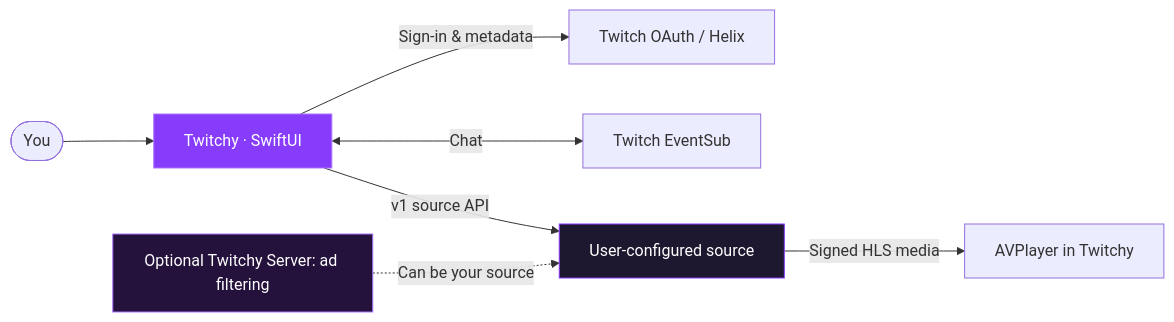
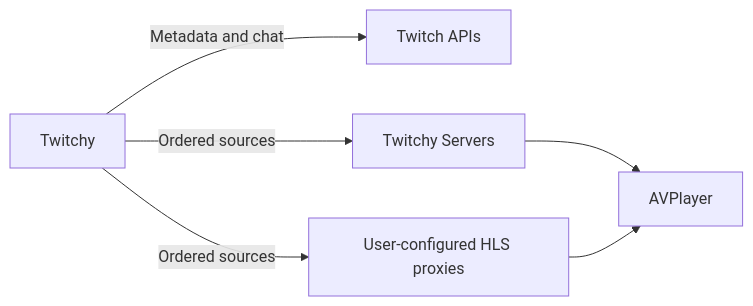
One commit to rafaelreverberi/Twitchy changed the diagram in README.md. Above: the diagram before and after it, drawn with Mermaid. The commit also changed other lines of this file and 53 other files, not shown here.

Commit message:
Update Twitch setup, playback sources, and local Apple signing

````diff
--- a/README.md
+++ b/README.md
@@ -140,12 +134,8 @@
 ```mermaid
 flowchart LR
-    U([You]) --> T[Twitchy · SwiftUI]
-    T -->|Sign-in & metadata| H[Twitch OAuth / Helix]
-    T <-->|Chat| E[Twitch EventSub]
-    T -->|v1 source API| S[User-configured source]
-    S -->|Signed HLS media| P[AVPlayer in Twitchy]
-    X[Optional Twitchy Server: ad filtering] -.->|Can be your source| S
-    style T fill:#873BFB,color:#ffffff,stroke:#A974FF
-    style S fill:#1E1730,color:#ffffff,stroke:#873BFB
-    style X fill:#24113C,color:#ffffff,stroke:#A974FF
+    T[Twitchy] -->|Metadata and chat| H[Twitch APIs]
+    T -->|Ordered sources| S[Twitchy Servers]
+    T -->|Ordered sources| X[User-configured HLS proxies]
+    S --> P[AVPlayer]
+    X --> P
 ```
````
